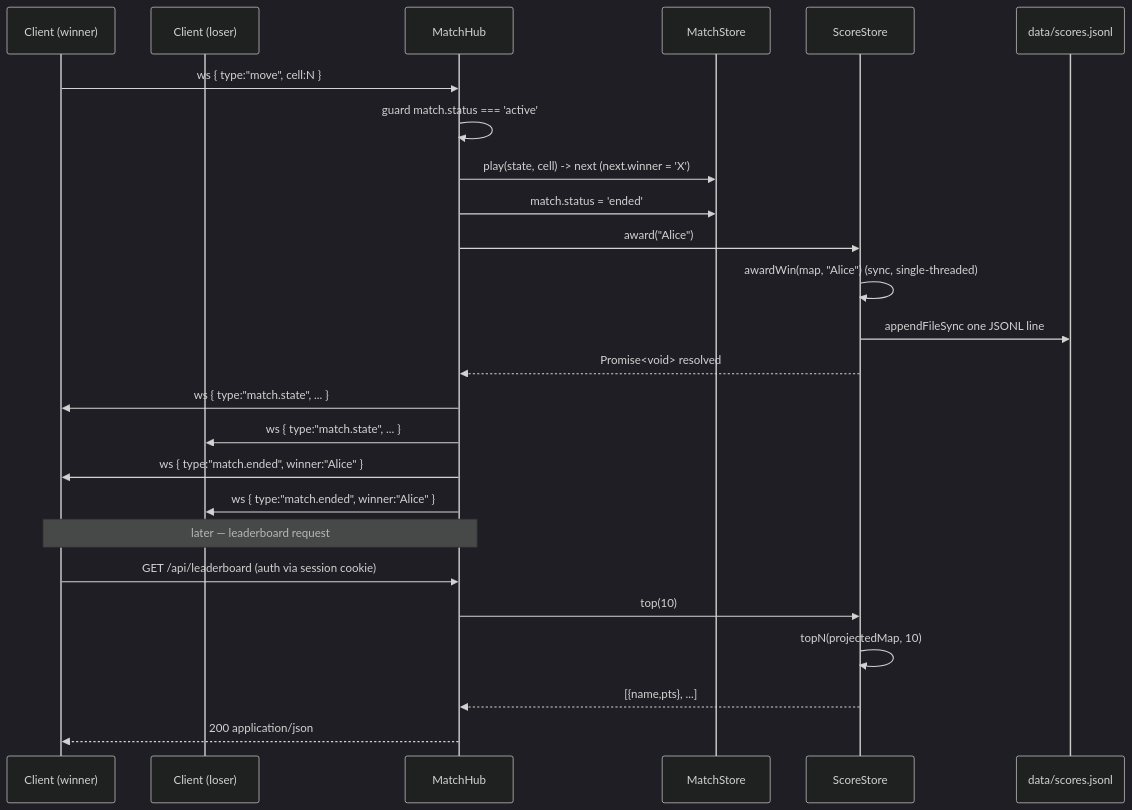
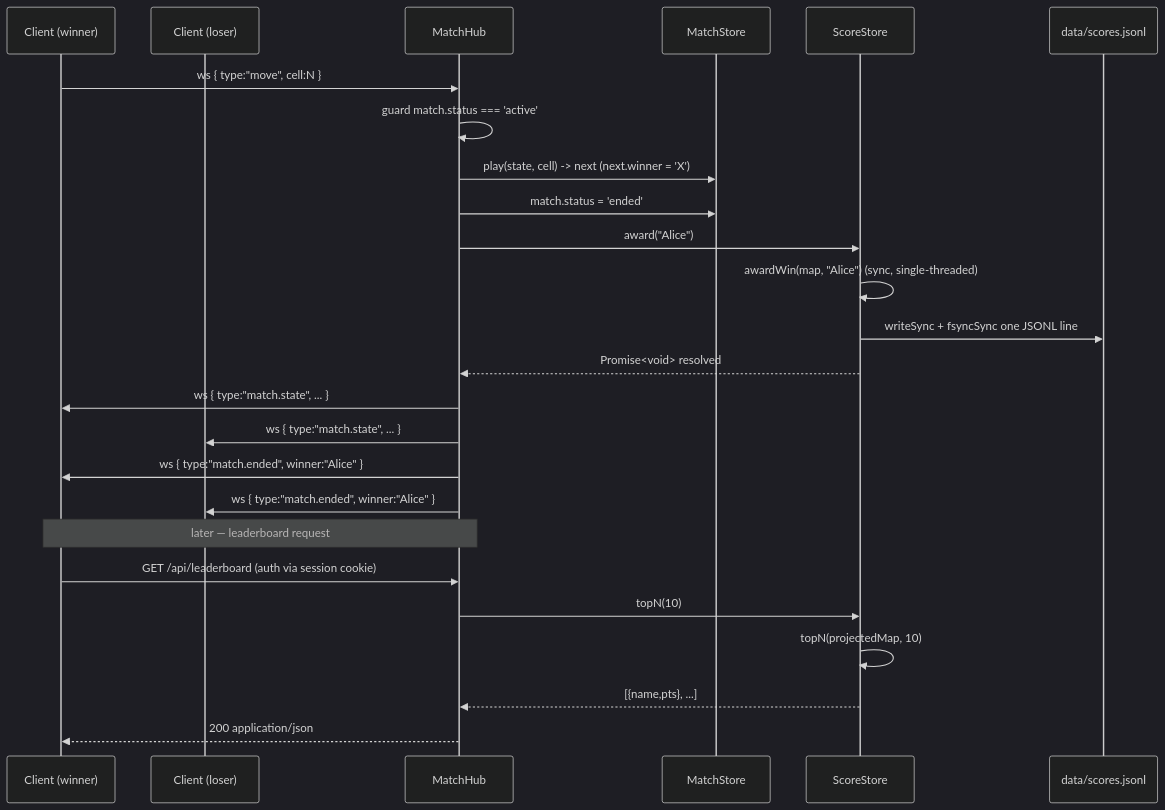
One commit to abaddon/tetris changed the diagram in docs/adr/0007-score-store.md. Above: the diagram before and after it, drawn with Mermaid (dark theme). The commit also changed other lines of this file and 4 other files, not shown here.

Commit message:
fix(scoring): address QA findings — rename top to topN, add fsync, e2e win-award test (sprint-04)

````diff
--- a/docs/adr/0007-score-store.md
+++ b/docs/adr/0007-score-store.md
@@ -235,29 +242,29 @@
 ```mermaid
 sequenceDiagram
     participant C1 as Client (winner)
     participant C2 as Client (loser)
     participant H as MatchHub
     participant M as MatchStore
     participant S as ScoreStore
     participant F as data/scores.jsonl
 
     C1->>H: ws { type:"move", cell:N }
     H->>H: guard match.status === 'active'
     H->>M: play(state, cell) -> next (next.winner = 'X')
     H->>M: match.status = 'ended'
     H->>S: award("Alice")
     S->>S: awardWin(map, "Alice")  (sync, single-threaded)
-    S->>F: appendFileSync one JSONL line
+    S->>F: writeSync + fsyncSync one JSONL line
     S-->>H: Promise<void> resolved
     H->>C1: ws { type:"match.state", ... }
     H->>C2: ws { type:"match.state", ... }
     H->>C1: ws { type:"match.ended", winner:"Alice" }
     H->>C2: ws { type:"match.ended", winner:"Alice" }
 
     Note over C1,H: later — leaderboard request
     C1->>H: GET /api/leaderboard (auth via session cookie)
-    H->>S: top(10)
+    H->>S: topN(10)
     S->>S: topN(projectedMap, 10)
     S-->>H: [{name,pts}, ...]
     H-->>C1: 200 application/json
 ```
````
